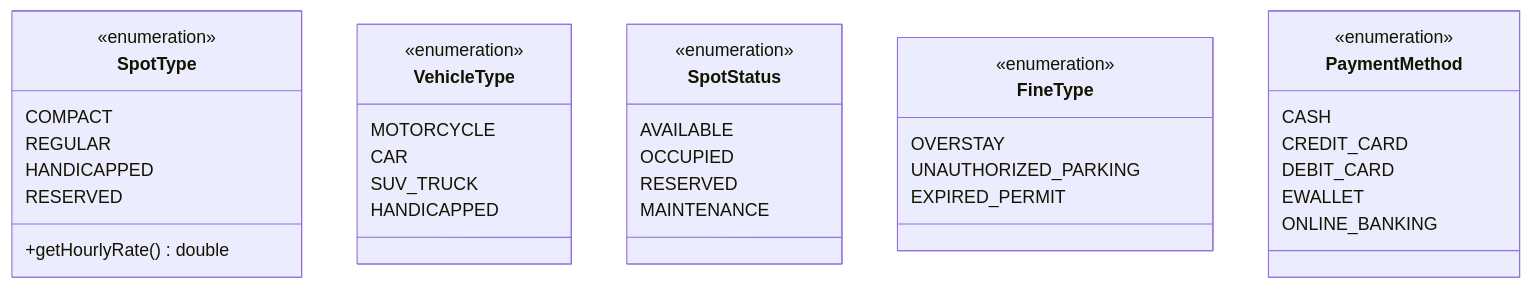
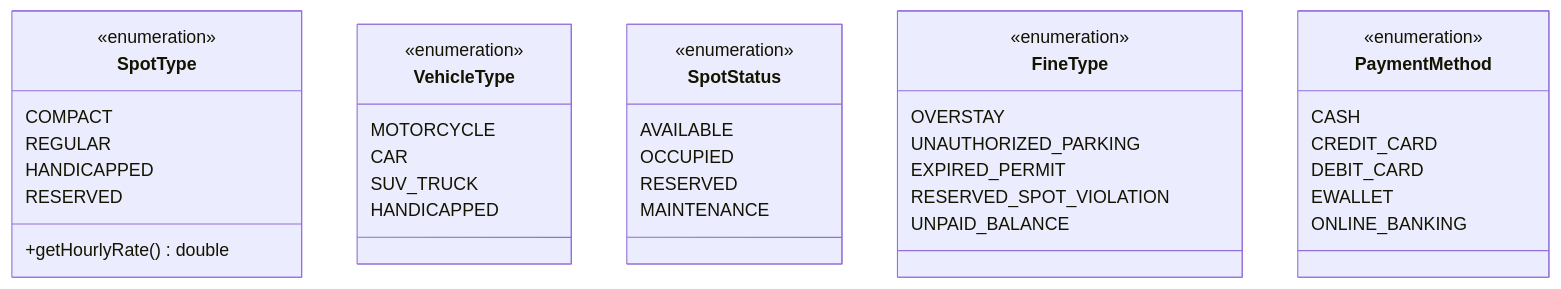
One commit to Jinyuanmak/OOAD-Assignment changed the second of 22 diagrams in UML_DIAGRAMS.md. Above: the diagram before and after it, drawn with Mermaid. The commit also changed other lines of this file and 1 other file, not shown here.

````diff
--- a/UML_DIAGRAMS.md
+++ b/UML_DIAGRAMS.md
@@ -112,43 +126,45 @@
 ```mermaid
 classDiagram
     class SpotType {
         <<enumeration>>
         COMPACT
         REGULAR
         HANDICAPPED
         RESERVED
         +getHourlyRate() double
     }
     
     class VehicleType {
         <<enumeration>>
         MOTORCYCLE
         CAR
         SUV_TRUCK
         HANDICAPPED
     }
     
     class SpotStatus {
         <<enumeration>>
         AVAILABLE
         OCCUPIED
         RESERVED
         MAINTENANCE
     }
     
     class FineType {
         <<enumeration>>
         OVERSTAY
         UNAUTHORIZED_PARKING
         EXPIRED_PERMIT
+        RESERVED_SPOT_VIOLATION
+        UNPAID_BALANCE
     }
     
     class PaymentMethod {
         <<enumeration>>
         CASH
         CREDIT_CARD
         DEBIT_CARD
         EWALLET
         ONLINE_BANKING
     }
 ```
````
